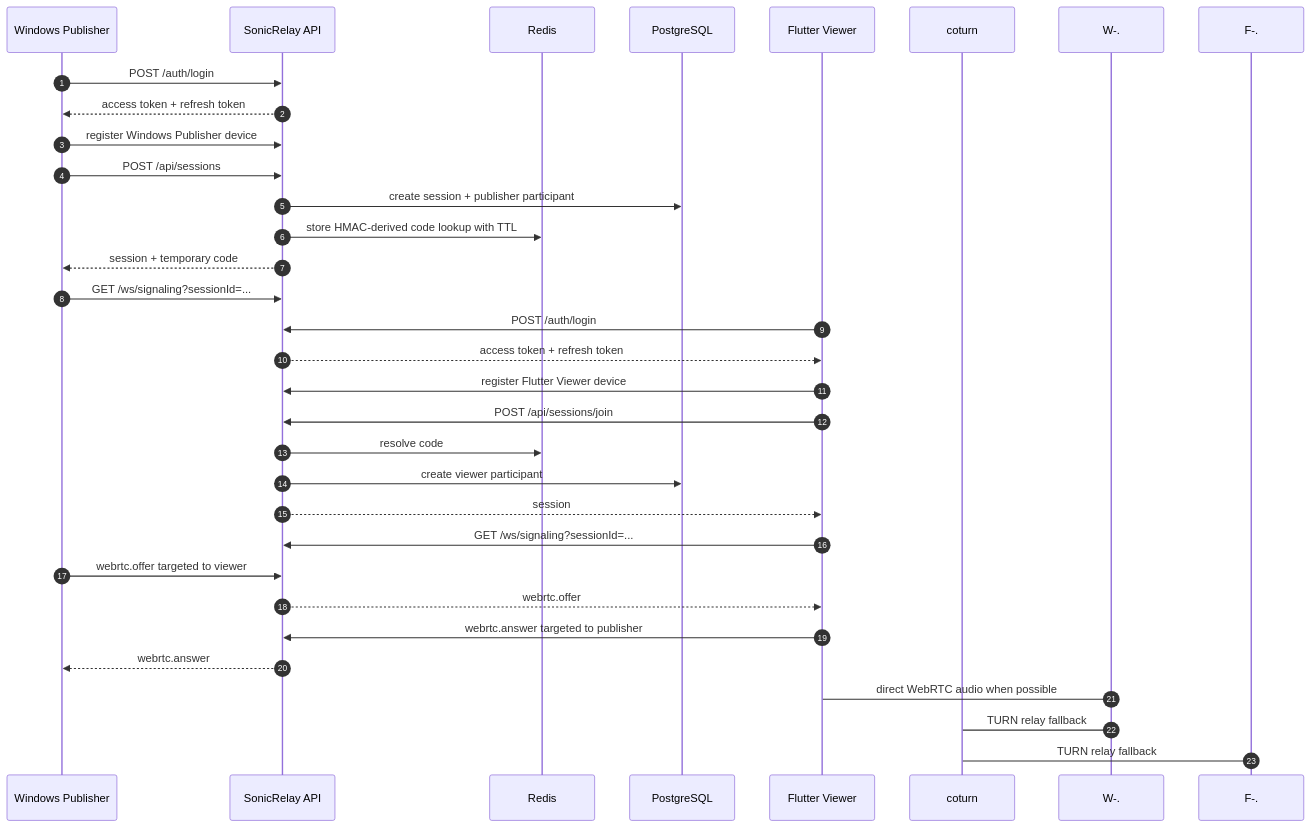
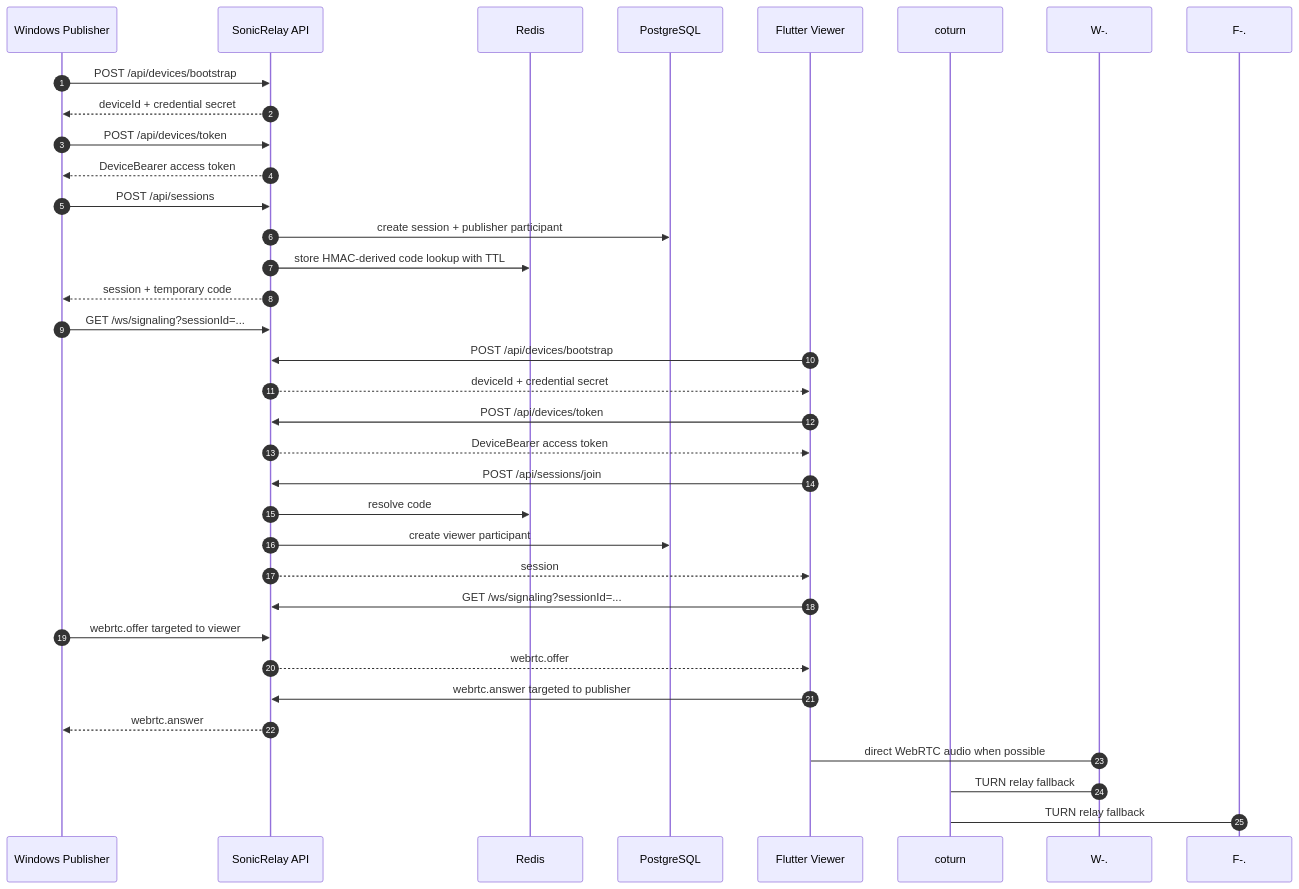
The second of 5 diagrams in docs/architecture.md (vitorhugo-dotnet/dotnet_SonicRelay), drawn with Mermaid before and after one commit. The commit also changed other lines of this file and 15 other files, not shown here.

````diff
--- a/docs/architecture.md
+++ b/docs/architecture.md
@@ -62,36 +62,38 @@
 ```mermaid
 sequenceDiagram
     autonumber
     participant W as Windows Publisher
     participant API as SonicRelay API
     participant R as Redis
     participant DB as PostgreSQL
     participant F as Flutter Viewer
     participant TURN as coturn
 
-    W->>API: POST /auth/login
-    API-->>W: access token + refresh token
-    W->>API: register Windows Publisher device
+    W->>API: POST /api/devices/bootstrap
+    API-->>W: deviceId + credential secret
+    W->>API: POST /api/devices/token
+    API-->>W: DeviceBearer access token
     W->>API: POST /api/sessions
     API->>DB: create session + publisher participant
     API->>R: store HMAC-derived code lookup with TTL
     API-->>W: session + temporary code
     W->>API: GET /ws/signaling?sessionId=...
 
-    F->>API: POST /auth/login
-    API-->>F: access token + refresh token
-    F->>API: register Flutter Viewer device
+    F->>API: POST /api/devices/bootstrap
+    API-->>F: deviceId + credential secret
+    F->>API: POST /api/devices/token
+    API-->>F: DeviceBearer access token
     F->>API: POST /api/sessions/join
     API->>R: resolve code
     API->>DB: create viewer participant
     API-->>F: session
     F->>API: GET /ws/signaling?sessionId=...
 
     W->>API: webrtc.offer targeted to viewer
     API-->>F: webrtc.offer
     F->>API: webrtc.answer targeted to publisher
     API-->>W: webrtc.answer
     W-.->F: direct WebRTC audio when possible
     W-.->TURN: TURN relay fallback
     F-.->TURN: TURN relay fallback
 ```
````
